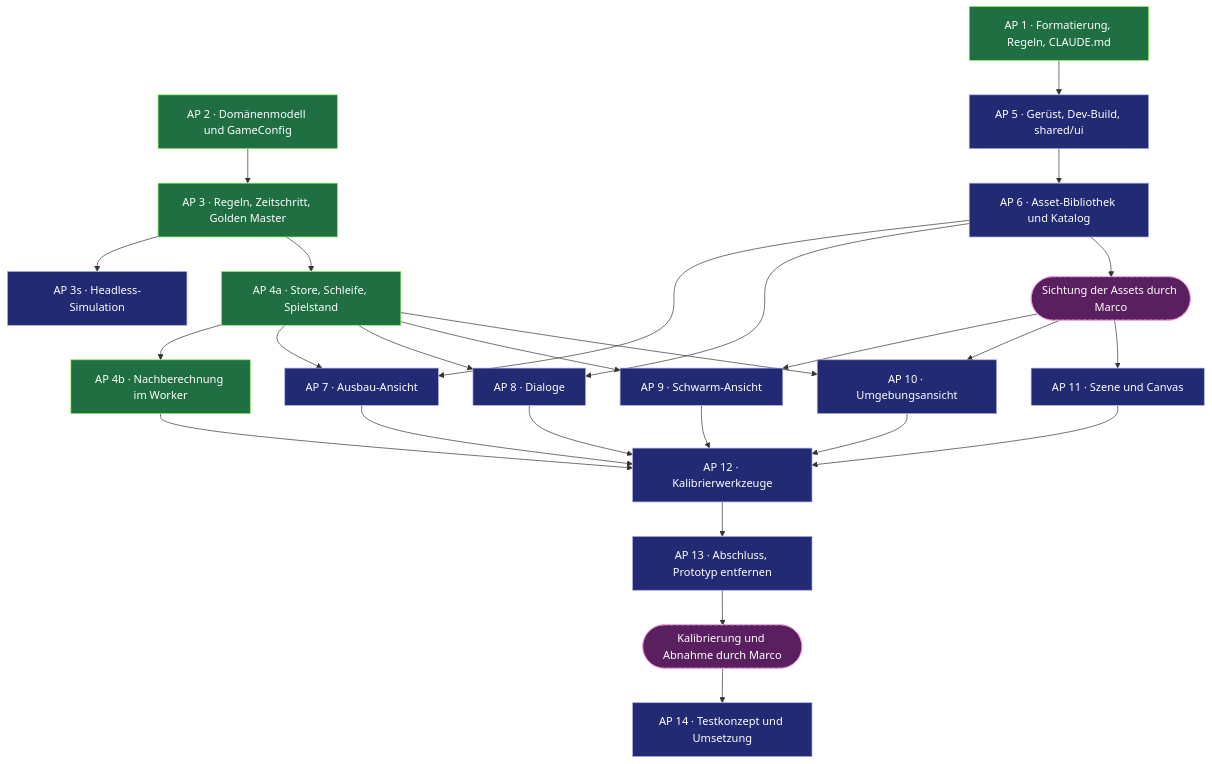
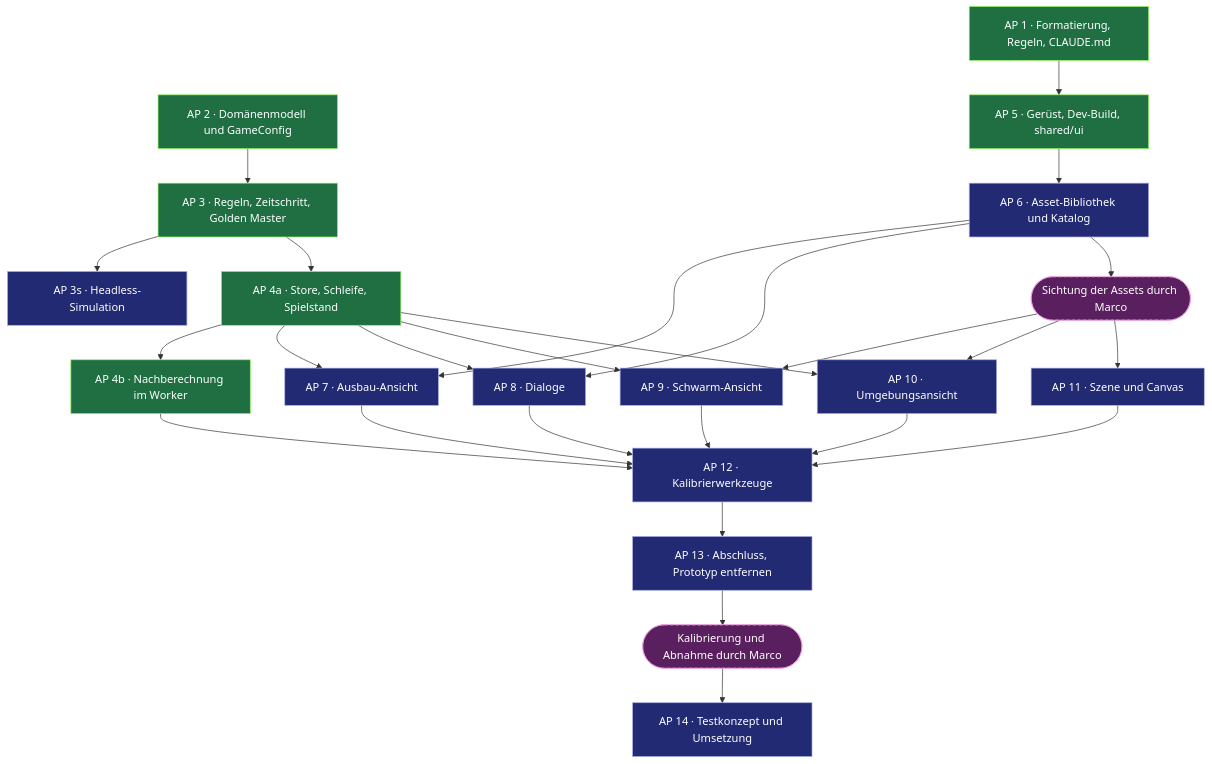
Before and after one commit to algoristic/IdleSwarm: the diagram in docs/plan-angular-umbau.md, drawn with Mermaid. The commit also changed other lines of this file and 4 other files, not shown here.

````diff
--- a/docs/plan-angular-umbau.md
+++ b/docs/plan-angular-umbau.md
@@ -9,56 +9,56 @@
 ```mermaid
 flowchart TD
   classDef done fill:#1f6f43,stroke:#8cf25a,color:#ffffff
   classDef active fill:#7a5a10,stroke:#f2c94c,color:#ffffff
   classDef open fill:#212a72,stroke:#a7aee8,color:#ffffff
   classDef user fill:#5a1f5f,stroke:#f29be0,color:#ffffff,stroke-dasharray:5 3
 
   AP1["AP 1 · Formatierung, Regeln, CLAUDE.md"]
   AP2["AP 2 · Domänenmodell und GameConfig"]
   AP3["AP 3 · Regeln, Zeitschritt, Golden Master"]
   AP3s["AP 3s · Headless-Simulation"]
   AP4a["AP 4a · Store, Schleife, Spielstand"]
   AP4b["AP 4b · Nachberechnung im Worker"]
   AP5["AP 5 · Gerüst, Dev-Build, shared/ui"]
   AP6["AP 6 · Asset-Bibliothek und Katalog"]
   AP7["AP 7 · Ausbau-Ansicht"]
   AP8["AP 8 · Dialoge"]
   S1(["Sichtung der Assets durch Marco"])
   AP9["AP 9 · Schwarm-Ansicht"]
   AP10["AP 10 · Umgebungsansicht"]
   AP11["AP 11 · Szene und Canvas"]
   AP12["AP 12 · Kalibrierwerkzeuge"]
   AP13["AP 13 · Abschluss, Prototyp entfernen"]
   S2(["Kalibrierung und Abnahme durch Marco"])
   AP14["AP 14 · Testkonzept und Umsetzung"]
 
   AP1 --> AP5
   AP2 --> AP3
   AP3 --> AP3s
   AP3 --> AP4a
   AP4a --> AP4b
   AP5 --> AP6
   AP6 --> AP7
   AP6 --> AP8
   AP6 --> S1
   AP4a --> AP7
   AP4a --> AP8
   S1 --> AP9
   S1 --> AP10
   S1 --> AP11
   AP4a --> AP9
   AP4a --> AP10
   AP4b --> AP12
   AP7 --> AP12
   AP8 --> AP12
   AP9 --> AP12
   AP10 --> AP12
   AP11 --> AP12
   AP12 --> AP13
   AP13 --> S2
   S2 --> AP14
 
-  class AP1,AP2,AP3,AP4a,AP4b done
-  class AP3s,AP5,AP6,AP7,AP8,AP9,AP10,AP11,AP12,AP13,AP14 open
+  class AP1,AP2,AP3,AP4a,AP4b,AP5 done
+  class AP3s,AP6,AP7,AP8,AP9,AP10,AP11,AP12,AP13,AP14 open
   class S1,S2 user
 ```
````
